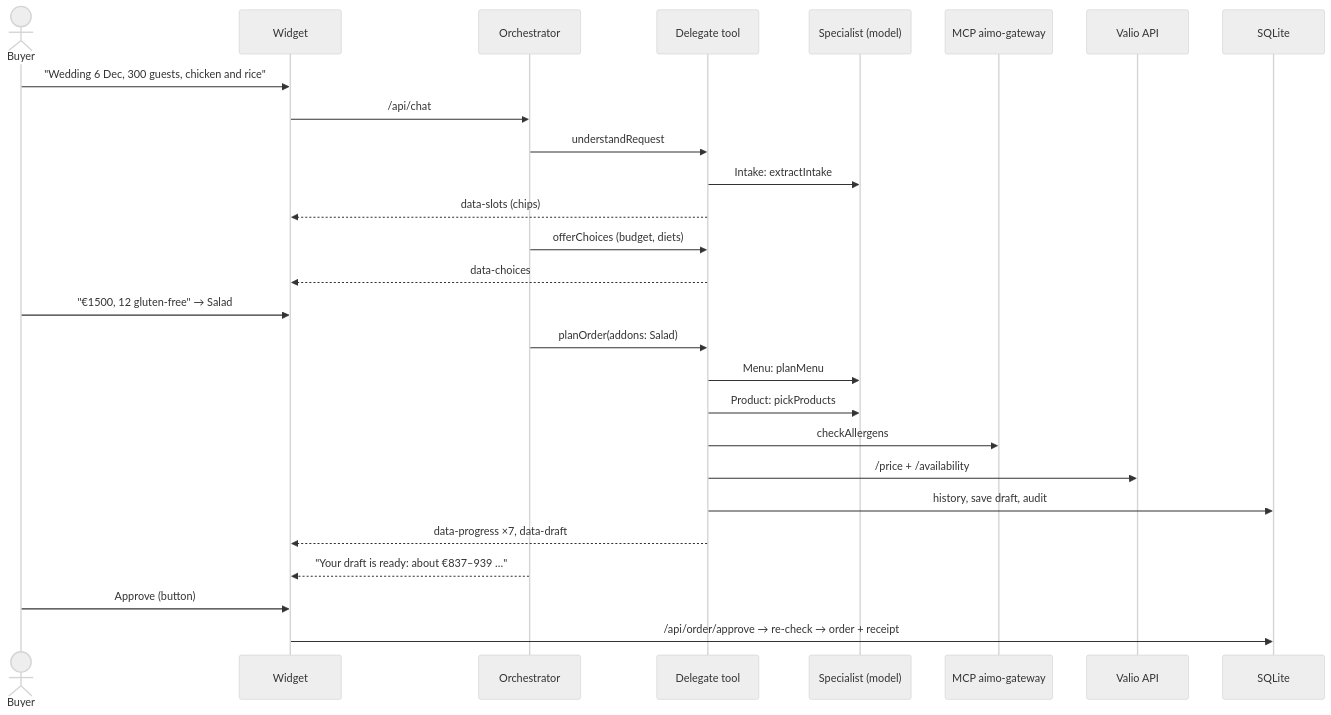
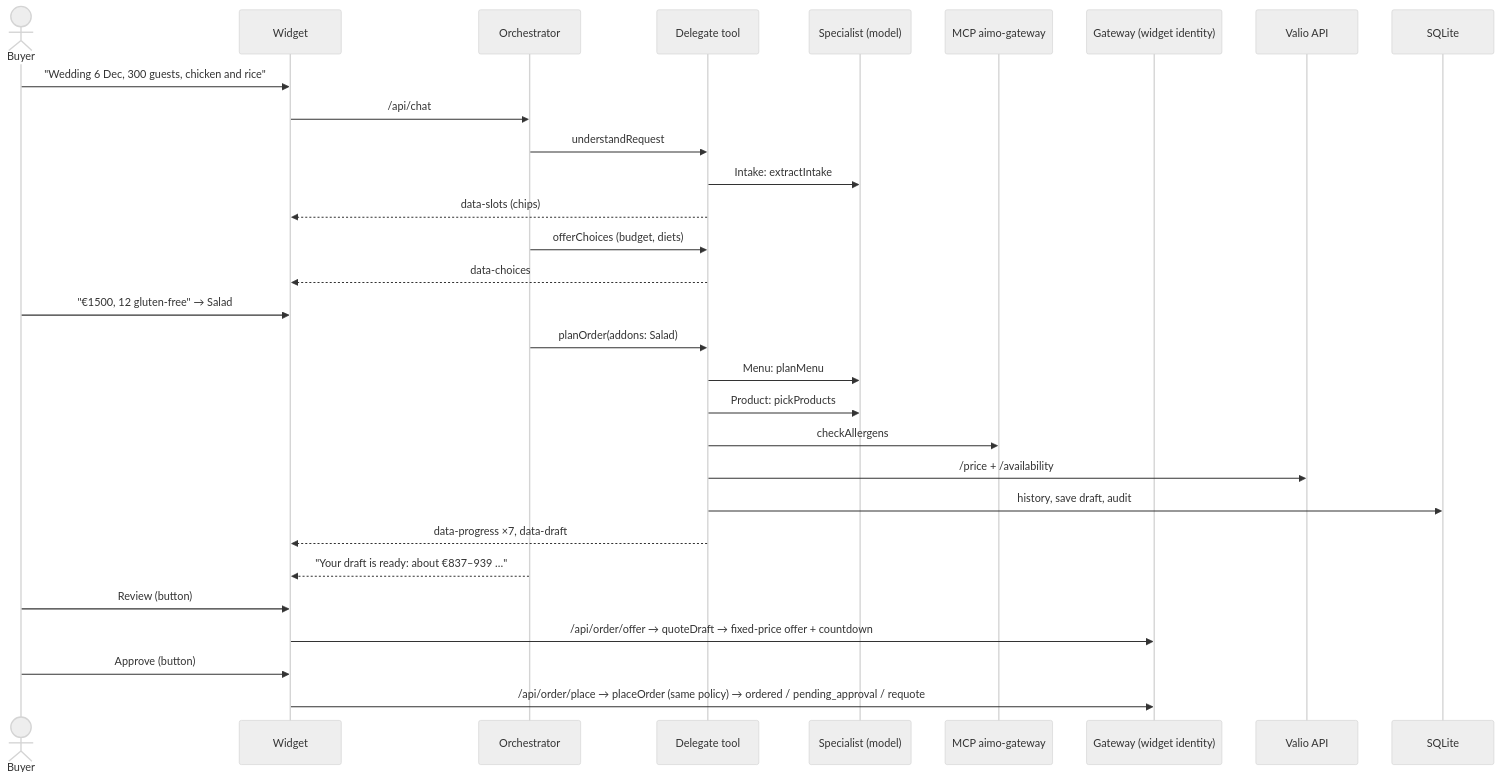
The fifth of 5 diagrams in MCP.md (Viettranni/AimoValio-Junction2026), drawn with Mermaid (neutral theme) before and after one commit. The commit also changed other lines of this file and 2 other files, not shown here.

Commit message:
Document the widget as a gateway client and the delivery timeline

````diff
--- a/MCP.md
+++ b/MCP.md
@@ -227,30 +228,33 @@
 ```mermaid
 sequenceDiagram
   actor B as Buyer
   participant W as Widget
   participant O as Orchestrator
   participant T as Delegate tool
   participant S as Specialist (model)
   participant M as MCP aimo-gateway
+  participant G as Gateway (widget identity)
   participant V as Valio API
   participant D as SQLite
 
   B->>W: "Wedding 6 Dec, 300 guests, chicken and rice"
   W->>O: /api/chat
   O->>T: understandRequest
   T->>S: Intake: extractIntake
   T-->>W: data-slots (chips)
   O->>T: offerChoices (budget, diets)
   T-->>W: data-choices
   B->>W: "€1500, 12 gluten-free" → Salad
   O->>T: planOrder(addons: Salad)
   T->>S: Menu: planMenu
   T->>S: Product: pickProducts
   T->>M: checkAllergens
   T->>V: /price + /availability
   T->>D: history, save draft, audit
   T-->>W: data-progress ×7, data-draft
   O-->>W: "Your draft is ready: about €837–939 …"
+  B->>W: Review (button)
+  W->>G: /api/order/offer → quoteDraft → fixed-price offer + countdown
   B->>W: Approve (button)
-  W->>D: /api/order/approve → re-check → order + receipt
+  W->>G: /api/order/place → placeOrder (same policy) → ordered / pending_approval / requote
 ```
````
